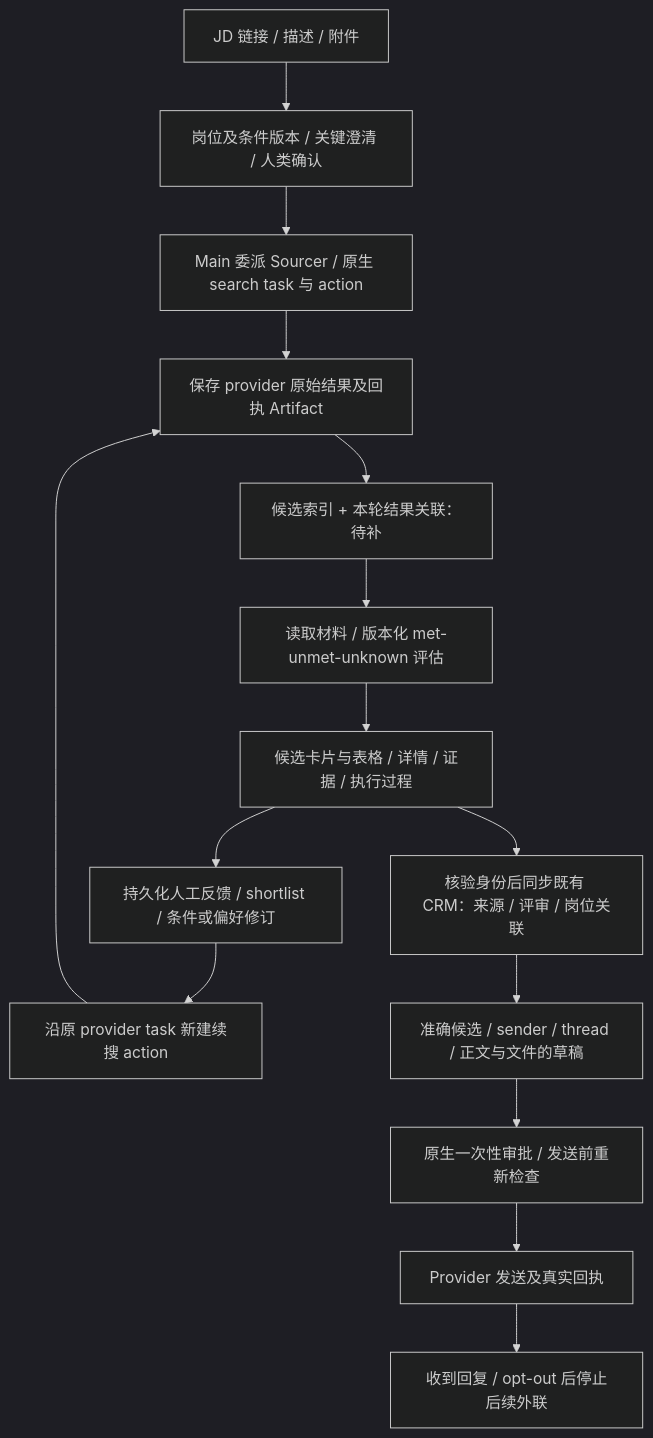
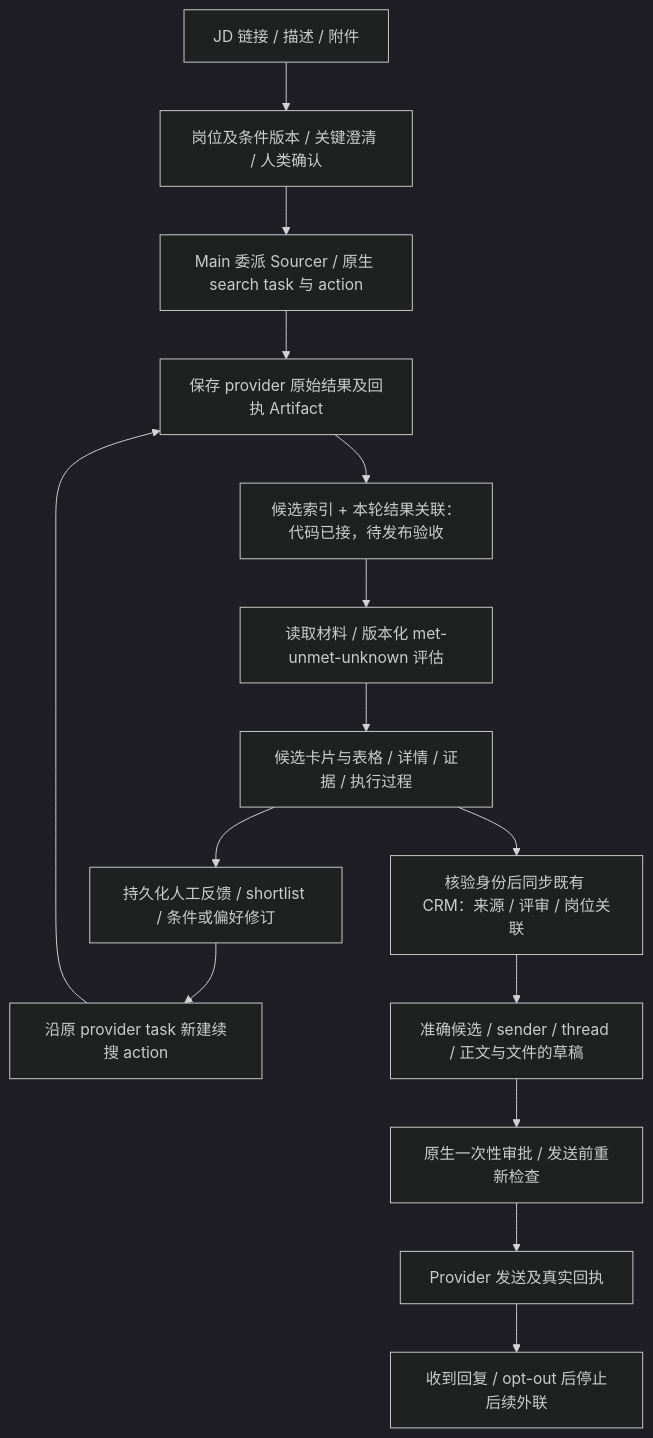
One commit to WeKruit/rakazo changed the diagram in docs/wekruit/PLAN.md. Above: the diagram before and after it, drawn with Mermaid (dark theme). The commit also changed other lines of this file and 37 other files, not shown here.

````diff
--- a/docs/wekruit/PLAN.md
+++ b/docs/wekruit/PLAN.md
@@ -37,17 +37,17 @@
 ```mermaid
 flowchart TD
   JD[JD 链接 / 描述 / 附件] --> Role[岗位及条件版本 / 关键澄清 / 人类确认]
   Role --> Search[Main 委派 Sourcer / 原生 search task 与 action]
   Search --> Raw[保存 provider 原始结果及回执 Artifact]
-  Raw --> Index[候选索引 + 本轮结果关联：待补]
+  Raw --> Index[候选索引 + 本轮结果关联：代码已接，待发布验收]
   Index --> Evidence[读取材料 / 版本化 met-unmet-unknown 评估]
   Evidence --> UI[候选卡片与表格 / 详情 / 证据 / 执行过程]
   UI --> Feedback[持久化人工反馈 / shortlist / 条件或偏好修订]
   Feedback --> Continue[沿原 provider task 新建续搜 action]
   Continue --> Raw
   UI --> CRM[核验身份后同步既有 CRM：来源 / 评审 / 岗位关联]
   CRM --> Draft[准确候选 / sender / thread / 正文与文件的草稿]
   Draft --> Approval[原生一次性审批 / 发送前重新检查]
   Approval --> Receipt[Provider 发送及真实回执]
   Receipt --> Stop[收到回复 / opt-out 后停止后续外联]
 ```
````
